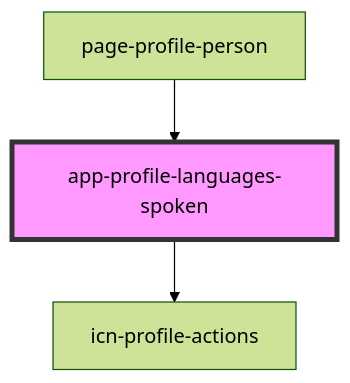
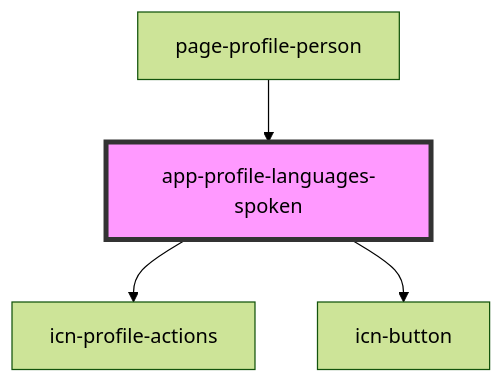
One commit to lokheed/IconEventNetwork.Web changed the diagram in iconeventnetwork-web/src/components/app-profile-languages-spoken/readme.md. Above: the diagram before and after it, drawn with Mermaid (forest theme). The commit also changed other lines of this file and 61 other files, not shown here.

First line of the commit message:
Created icn-button component

````diff
--- a/iconeventnetwork-web/src/components/app-profile-languages-spoken/readme.md
+++ b/iconeventnetwork-web/src/components/app-profile-languages-spoken/readme.md
@@ -28,6 +29,7 @@
 ```mermaid
 graph TD;
   app-profile-languages-spoken --> icn-profile-actions
+  app-profile-languages-spoken --> icn-button
   page-profile-person --> app-profile-languages-spoken
   style app-profile-languages-spoken fill:#f9f,stroke:#333,stroke-width:4px
 ```
````
